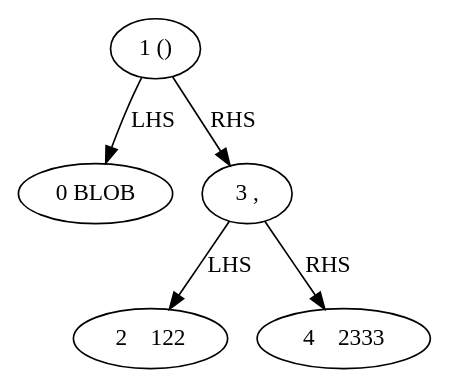
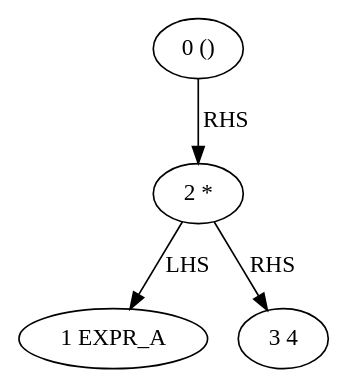
One commit to Thewbi/stm8_asm changed the diagram in dot/preprocessor_tree.dot. Above: the diagram before and after it, drawn with Graphviz. The commit also changed 12 other files, not shown here.

```diff
--- a/dot/preprocessor_tree.dot
+++ b/dot/preprocessor_tree.dot
@@ -1,11 +1,9 @@
 digraph {
-1 [label="1 ()"]
-0 [label="0 BLOB"]
-1 -> 0 [label="LHS"]
-3 [label="3 ,"]
-2 [label="2    122"]
-3 -> 2 [label="LHS"]
-4 [label="4    2333"]
-3 -> 4 [label="RHS"]
-1 -> 3 [label="RHS"]
+0 [label="0 ()"]
+2 [label="2 *"]
+1 [label="1 EXPR_A"]
+2 -> 1 [label="LHS"]
+3 [label="3 4"]
+2 -> 3 [label="RHS"]
+0 -> 2 [label="RHS"]
 }
```
